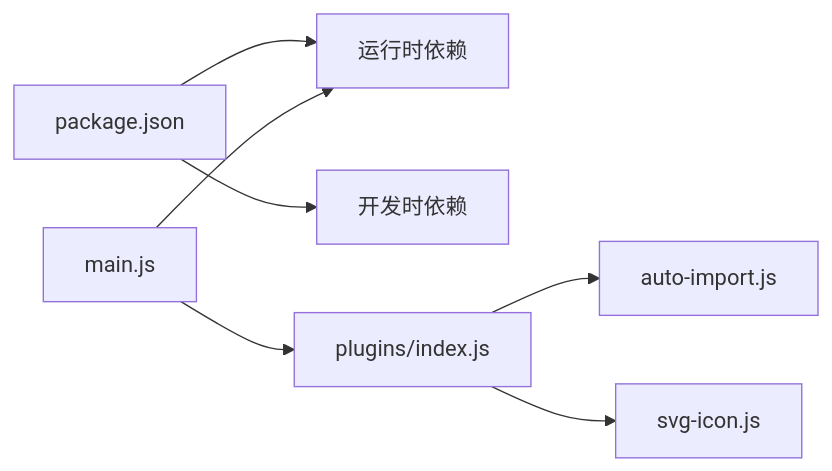
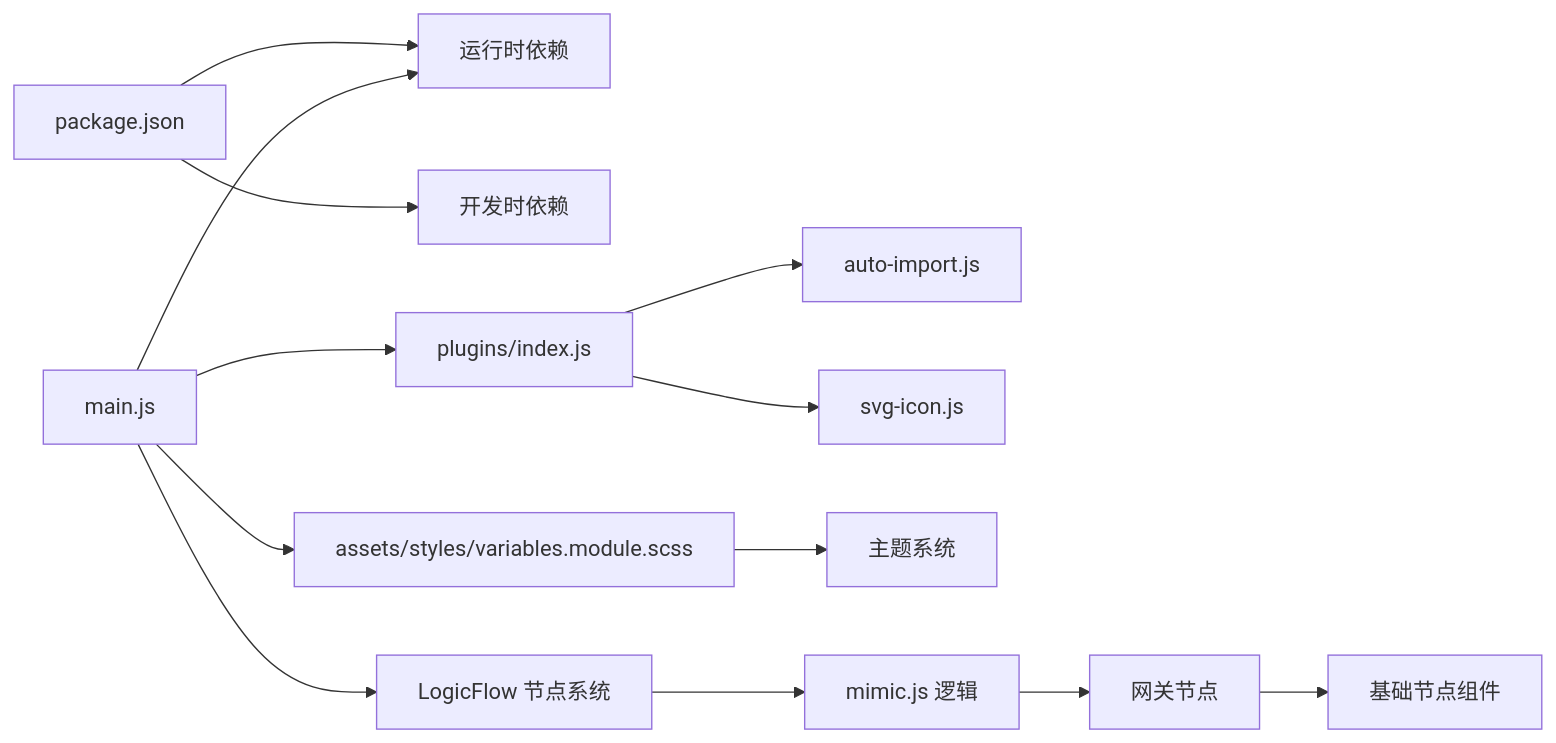
Diagram 13 of 13 in .qoder/repowiki/zh/content/可视化设计器/设计器架构设计.md (dromara/warm-flow), drawn with Mermaid before and after one commit. The commit also changed other lines of this file and 18 other files, not shown here.

````diff
--- a/.qoder/repowiki/zh/content/可视化设计器/设计器架构设计.md
+++ b/.qoder/repowiki/zh/content/可视化设计器/设计器架构设计.md
@@ -347,9 +537,15 @@
 ```mermaid
 graph LR
 P["package.json"] --> R["运行时依赖"]
 P --> D["开发时依赖"]
 M["main.js"] --> R
 M --> PL["plugins/index.js"]
 PL --> AI["auto-import.js"]
 PL --> SI["svg-icon.js"]
+M --> VM["assets/styles/variables.module.scss"]
+VM --> Theme["主题系统"]
+M --> LF["LogicFlow 节点系统"]
+LF --> Mimic["mimic.js 逻辑"]
+Mimic --> Gateway["网关节点"]
+Gateway --> BaseNode["基础节点组件"]
 ```
````
